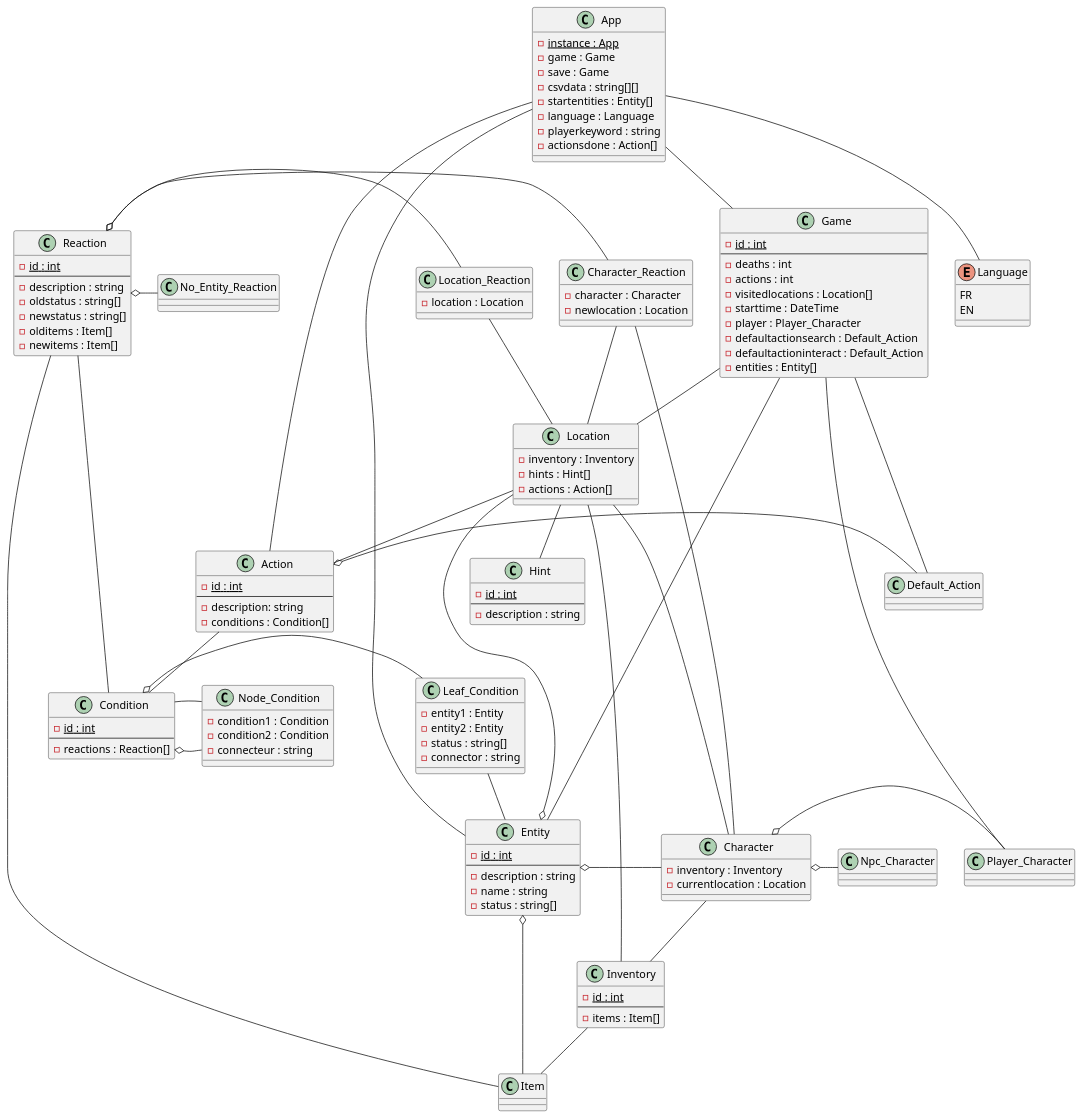
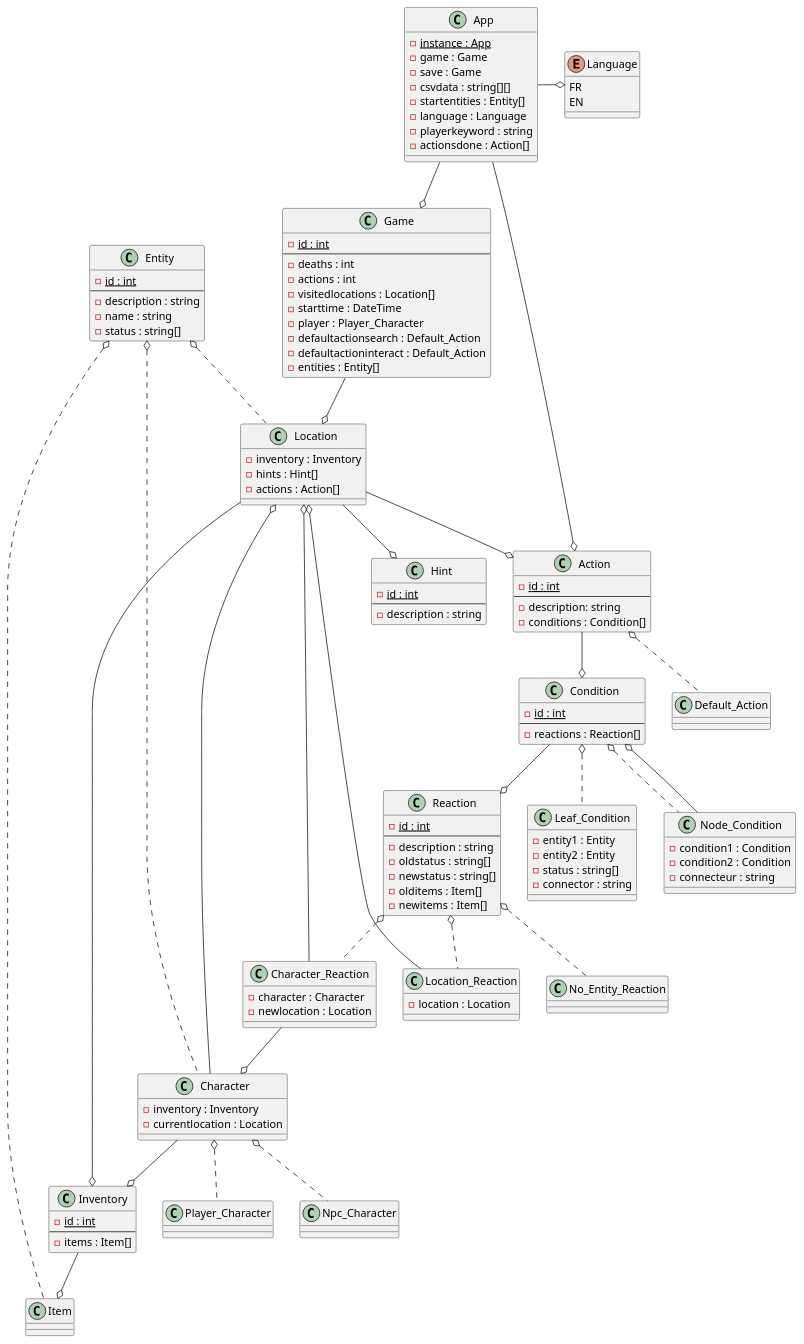
Before and after one commit to Serious-game-textuel/doc: the diagram in UML.md, drawn with PlantUML.

Commit message:
Simplification de l'UML

```diff
--- a/UML.md
+++ b/UML.md
@@ -117,40 +117,40 @@
 
 Class Npc_Character {}
 
-Reaction o- Character_Reaction
-Action o- Default_Action
-Entity o- Item
-Entity o- Location
-Entity o- Character
-Condition o- Leaf_Condition
-Reaction o- Location_Reaction
-Reaction o- No_Entity_Reaction
-Condition o- Node_Condition
-Character o- Npc_Character
-Character o- Player_Character
+Reaction o.. Character_Reaction
+Action o.. Default_Action
+Entity o.. Item
+Entity o.. Location
+Entity o.. Character
+Condition o.. Leaf_Condition
+Reaction o.. Location_Reaction
+Reaction o.. No_Entity_Reaction
+Condition o.down. Node_Condition
+Character o.. Npc_Character
+Character o.. Player_Character
 
-App -- Game
-App -- Entity
-App -- Language
-App -- Action
-Game -- Location
-Game -- Player_Character
-Game -- Default_Action
-Game -- Entity
-Action -- Condition
-Reaction -- Item
-Inventory -- Item
-Condition -- Reaction
-Leaf_Condition -- Entity
-Node_Condition -- Condition
-Location -- Inventory
-Location -- Hint
-Location -- Action
-Location_Reaction -- Location
-Character -- Inventory
-Character -- Location
-Character_Reaction -- Location
-Character_Reaction -- Character
+App --o Game
+/'App o-- Entity'/
+App -o Language
+App --o Action
+Game --o Location
+/'Game o-- Player_Character'/
+/'Game o-up- Default_Action'/
+/'Game o-right- Entity'/
+Action --o Condition
+/'Reaction o-- Item'/
+Inventory --o Item
+Condition --o Reaction
+/'Leaf_Condition --o Entity'/
+Node_Condition --o Condition
+Location --o Inventory
+Location --o Hint
+Location --o Action
+Location_Reaction --o Location
+Character --o Inventory
+Character --o Location
+Character_Reaction --o Location
+Character_Reaction --o Character
 
 
 
```
